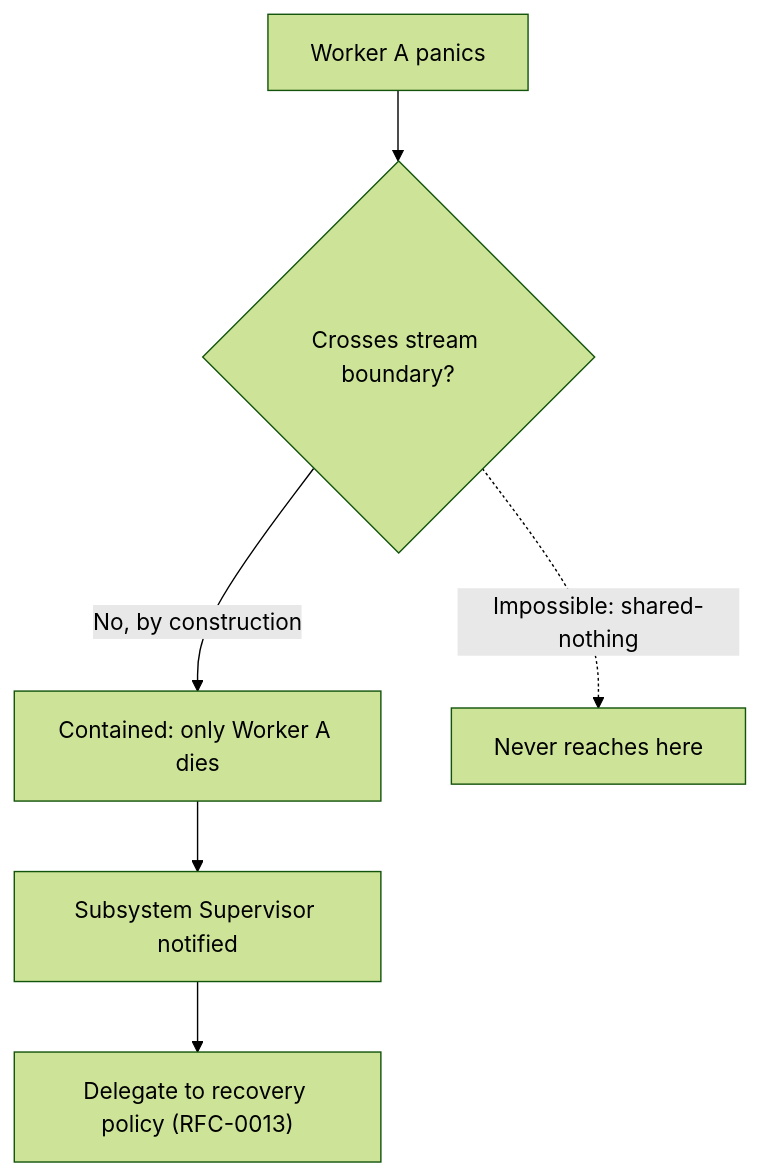
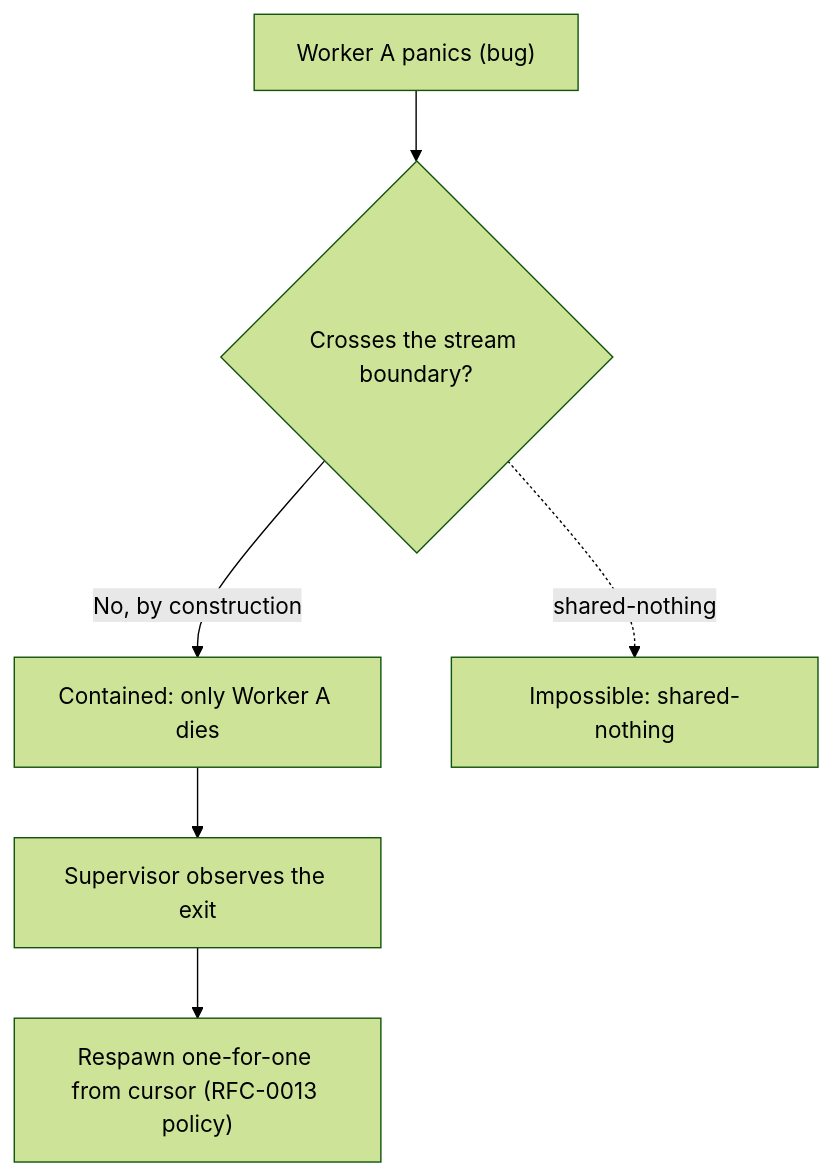
One commit to carvalhosauro/lode changed the sixth of 7 diagrams in RFC/RFC-0012-Execution-Runtime-Model.md. Above: the diagram before and after it, drawn with Mermaid (forest theme). The commit also changed other lines of this file, not shown here.

First line of the commit message:
docs(rfc): rebalance RFC-0012 runtime to Result-first

````diff
--- a/RFC/RFC-0012-Execution-Runtime-Model.md
+++ b/RFC/RFC-0012-Execution-Runtime-Model.md
@@ -318,17 +269,16 @@
 ```mermaid
 flowchart TB
 
-Crash["Worker A panics"]
-Boundary{"Crosses stream boundary?"}
+Crash["Worker A panics (bug)"]
+Boundary{"Crosses the stream boundary?"}
 Contained["Contained: only Worker A dies"]
-Never["Never reaches here"]
-
-Sup["Subsystem Supervisor notified"]
-Policy["Delegate to recovery policy (RFC-0013)"]
+Never["Impossible: shared-nothing"]
+Sup["Supervisor observes the exit"]
+Policy["Respawn one-for-one from cursor (RFC-0013 policy)"]
 
 Crash --> Boundary
-Boundary -->|No, by construction| Contained
-Boundary -.->|Impossible: shared-nothing| Never
+Boundary -->|"No, by construction"| Contained
+Boundary -.->|"shared-nothing"| Never
 Contained --> Sup
 Sup --> Policy
 ```
````
